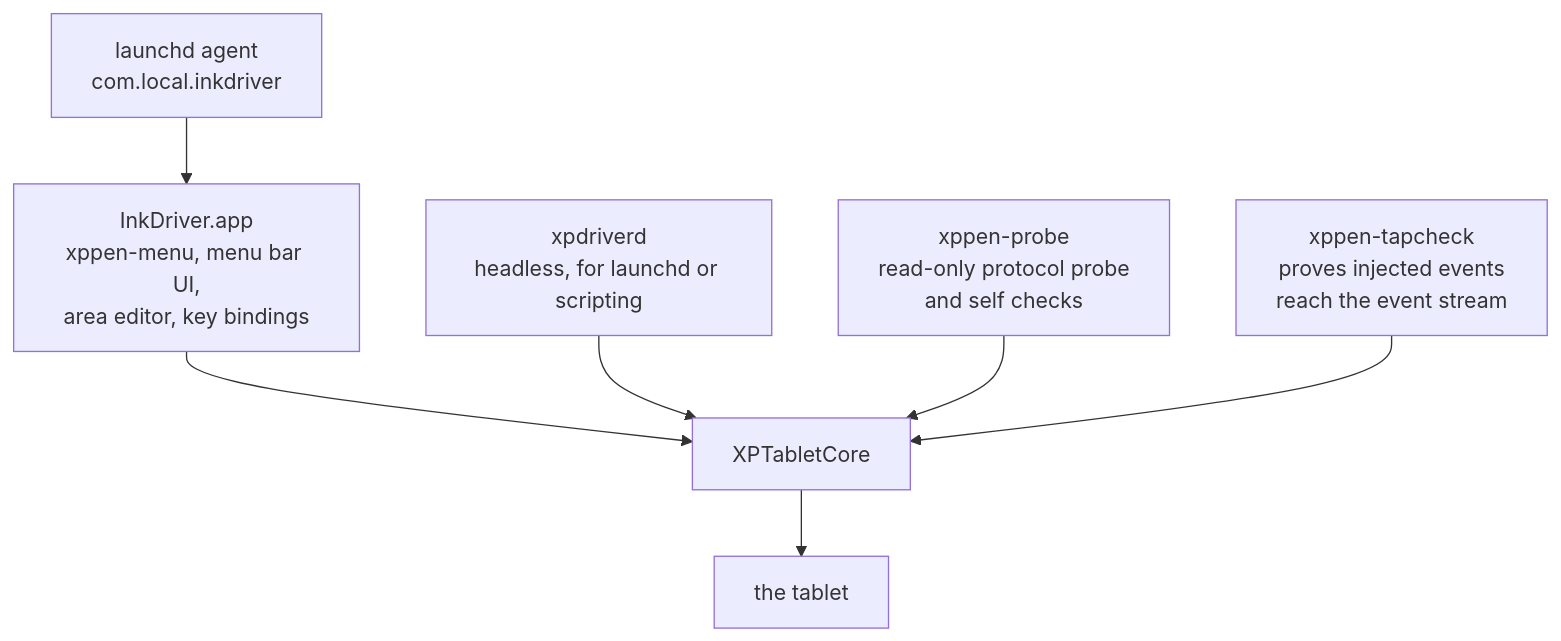
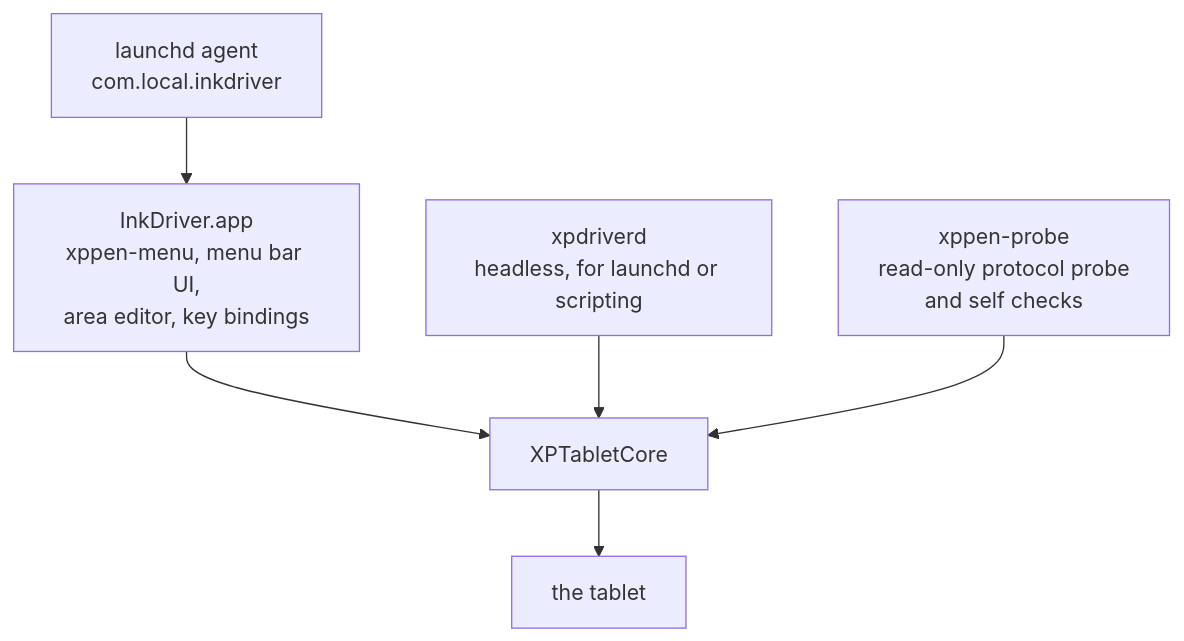
The second of 2 diagrams in README.md (tikikun/inkdriver), drawn with Mermaid before and after one commit. The commit also changed other lines of this file and 9 other files, not shown here.

````diff
--- a/README.md
+++ b/README.md
@@ -183,9 +184,8 @@
 ```mermaid
 flowchart TB
   agent["launchd agent<br/>com.local.inkdriver"] --> menu
   menu["InkDriver.app<br/>xppen-menu, menu bar UI,<br/>area editor, key bindings"] --> coreTarget["XPTabletCore"]
   daemon["xpdriverd<br/>headless, for launchd or scripting"] --> coreTarget
   probe["xppen-probe<br/>read-only protocol probe<br/>and self checks"] --> coreTarget
-  tapcheck["xppen-tapcheck<br/>proves injected events<br/>reach the event stream"] --> coreTarget
   coreTarget --> device2["the tablet"]
 ```
````
